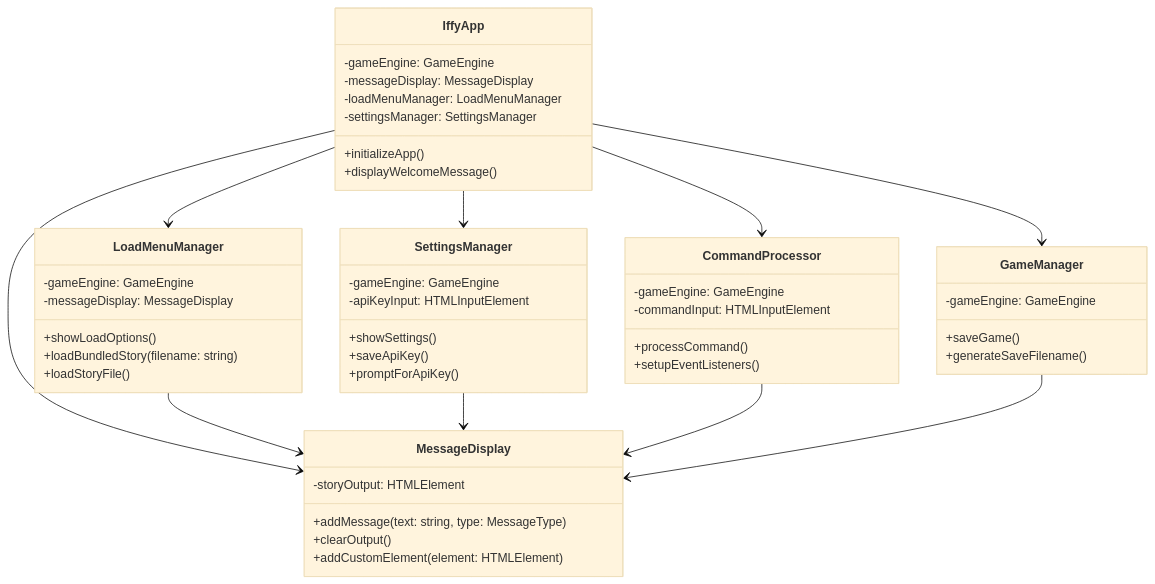
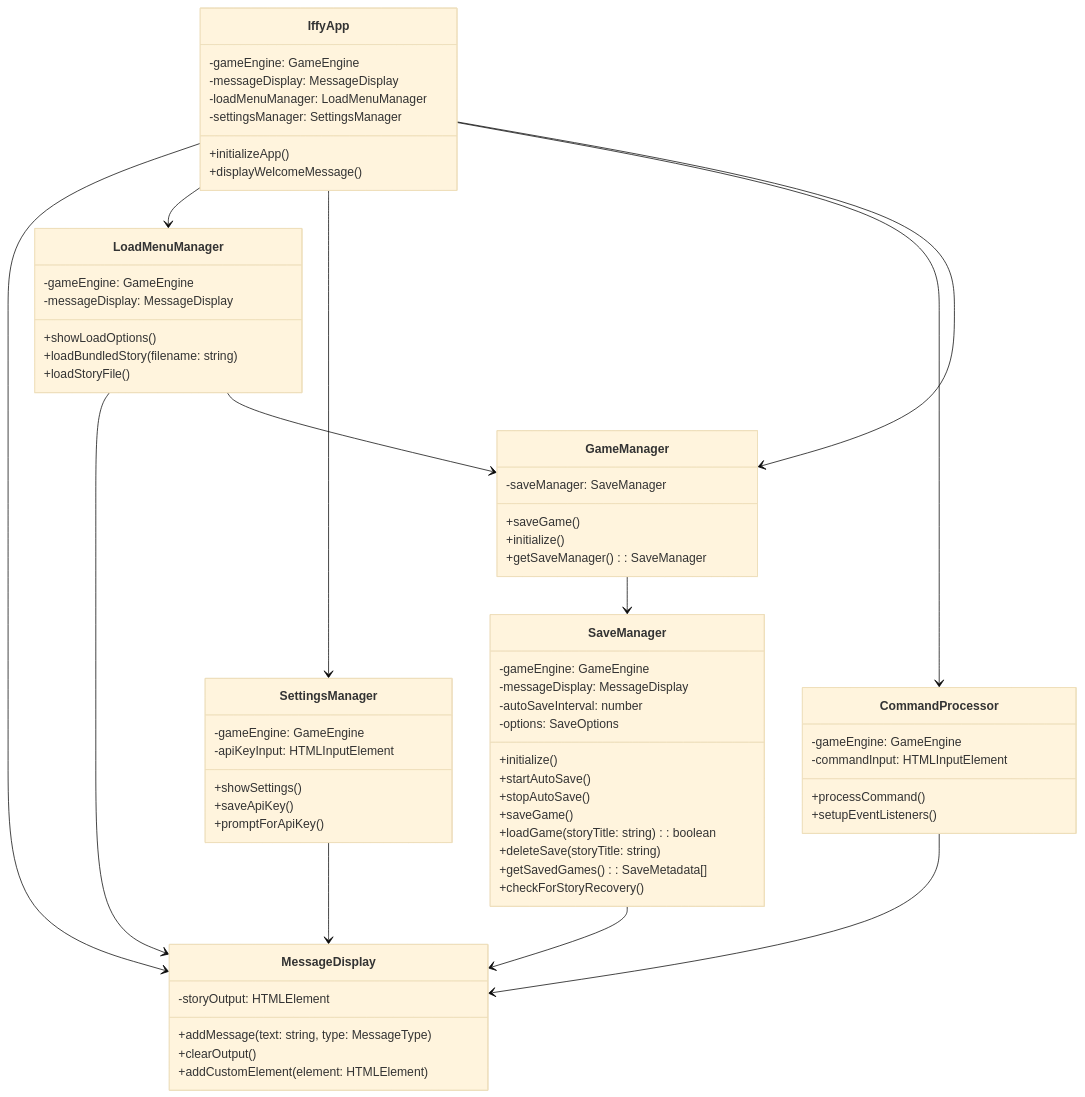
Before and after one commit to indraastra/iffy: the second of 12 diagrams in docs/architecture.md, drawn with Mermaid (base theme). The commit also changed other lines of this file and 6 other files, not shown here.

First line of the commit message:
Enhanced Save System: Complete History + Auto-Save + Recovery (#14 Phase 1) (#18)

````diff
--- a/docs/architecture.md
+++ b/docs/architecture.md
@@ -64,58 +64,76 @@
 ```mermaid
 classDiagram
     class IffyApp {
         -gameEngine: GameEngine
         -messageDisplay: MessageDisplay
         -loadMenuManager: LoadMenuManager
         -settingsManager: SettingsManager
         +initializeApp()
         +displayWelcomeMessage()
     }
     
     class MessageDisplay {
         -storyOutput: HTMLElement
         +addMessage(text: string, type: MessageType)
         +clearOutput()
         +addCustomElement(element: HTMLElement)
     }
     
     class LoadMenuManager {
         -gameEngine: GameEngine
         -messageDisplay: MessageDisplay
         +showLoadOptions()
         +loadBundledStory(filename: string)
         +loadStoryFile()
     }
     
     class SettingsManager {
         -gameEngine: GameEngine
         -apiKeyInput: HTMLInputElement
         +showSettings()
         +saveApiKey()
         +promptForApiKey()
     }
     
     class CommandProcessor {
         -gameEngine: GameEngine
         -commandInput: HTMLInputElement
         +processCommand()
         +setupEventListeners()
     }
     
     class GameManager {
+        -saveManager: SaveManager
+        +saveGame()
+        +initialize()
+        +getSaveManager(): SaveManager
+    }
+    
+    class SaveManager {
         -gameEngine: GameEngine
+        -messageDisplay: MessageDisplay
+        -autoSaveInterval: number
+        -options: SaveOptions
+        +initialize()
+        +startAutoSave()
+        +stopAutoSave()
         +saveGame()
-        +generateSaveFilename()
+        +loadGame(storyTitle: string): boolean
+        +deleteSave(storyTitle: string)
+        +getSavedGames(): SaveMetadata[]
+        +checkForStoryRecovery()
     }
     
     IffyApp --> MessageDisplay
     IffyApp --> LoadMenuManager
     IffyApp --> SettingsManager
     IffyApp --> CommandProcessor
     IffyApp --> GameManager
     
     LoadMenuManager --> MessageDisplay
+    LoadMenuManager --> GameManager
     SettingsManager --> MessageDisplay
     CommandProcessor --> MessageDisplay
-    GameManager --> MessageDisplay
+    GameManager --> SaveManager
+    SaveManager --> MessageDisplay
 ```
````
